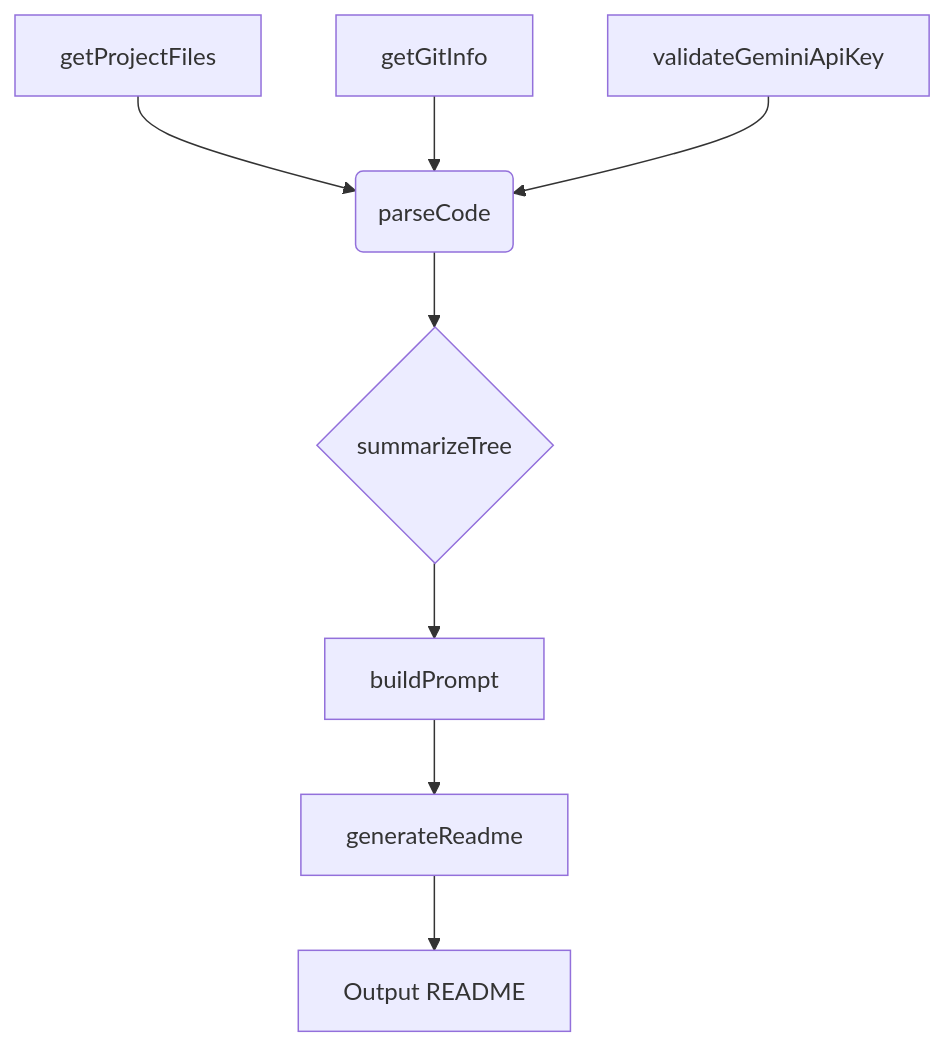
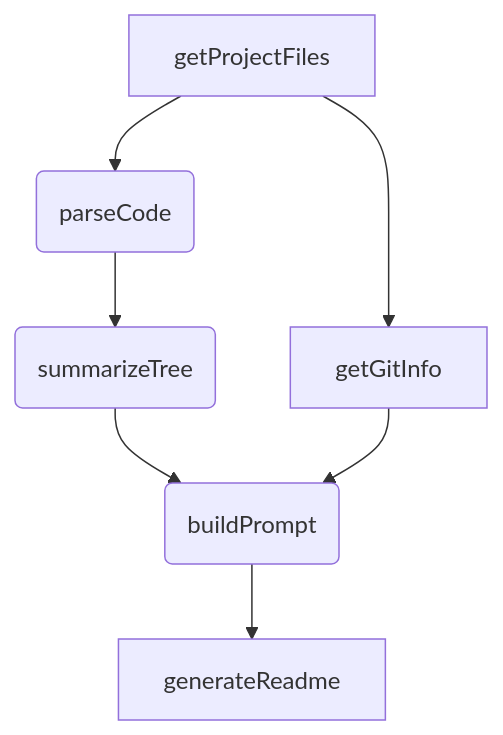
The first of 2 diagrams in README.md (PIYUSH1SAINI/ReadMe-wiz), drawn with Mermaid before and after one commit. The commit also changed other lines of this file and 1 other file, not shown here.

````diff
--- a/README.md
+++ b/README.md
@@ -12,11 +31,9 @@
 ```mermaid
 graph TD
     A[getProjectFiles] --> B(parseCode);
-    B --> C{summarizeTree};
-    C --> D[buildPrompt];
+    B --> C(summarizeTree);
+    C --> D(buildPrompt);
     D --> E[generateReadme];
-    E --> F[Output README];
-    G[getGitInfo] --> B;
-    H[validateGeminiApiKey] --> B;
-
+    A --> F[getGitInfo];
+    F --> D;
 ```
````
